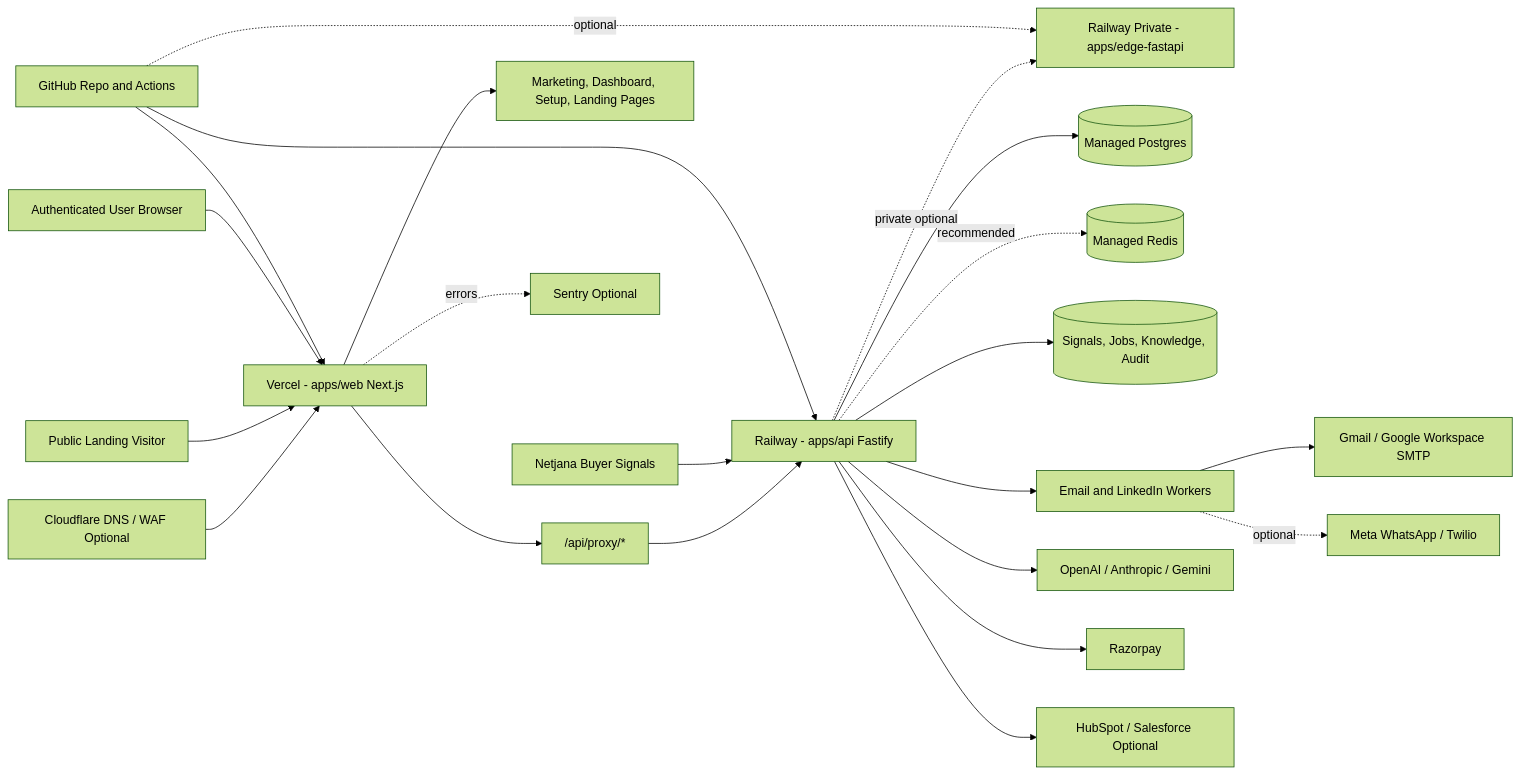
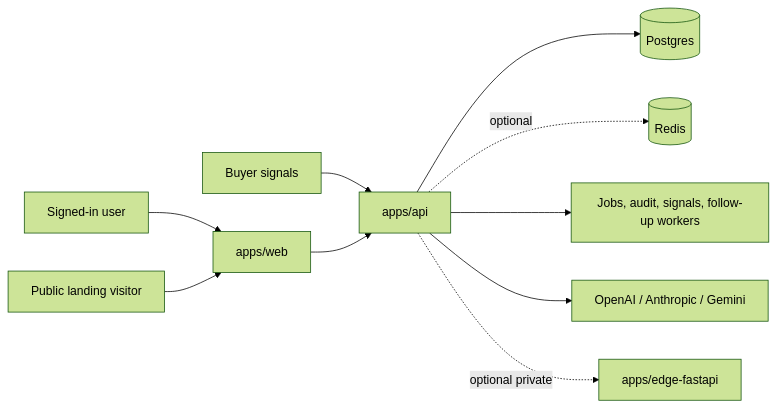
The diagram in README.md (Convospanai-outreach/fullstack), drawn with Mermaid (forest theme) before and after one commit. The commit also changed other lines of this file and 8 other files, not shown here.

Commit message:
docs: refresh architecture and readiness assessment

````diff
--- a/README.md
+++ b/README.md
@@ -21,28 +28,12 @@
 ```mermaid
 flowchart LR
-    GitHub[GitHub Repo and Actions] --> Vercel[Vercel - apps/web Next.js]
-    GitHub --> RailwayAPI[Railway - apps/api Fastify]
-    GitHub -. optional .-> RailwayEdge[Railway Private - apps/edge-fastapi]
-
-    Browser[Authenticated User Browser] --> Vercel
-    Visitor[Public Landing Visitor] --> Vercel
-    Netjana[Netjana Buyer Signals] --> RailwayAPI
-
-    Vercel --> WebRoutes[Marketing, Dashboard, Setup, Landing Pages]
-    Vercel --> Proxy["/api/proxy/*"]
-    Proxy --> RailwayAPI
-
-    RailwayAPI --> Postgres[(Managed Postgres)]
-    RailwayAPI -. recommended .-> Redis[(Managed Redis)]
-    RailwayAPI --> Signals[(Signals, Jobs, Knowledge, Audit)]
-    RailwayAPI --> Channels[Email and LinkedIn Workers]
-    RailwayAPI --> AI[OpenAI / Anthropic / Gemini]
-    RailwayAPI --> Billing[Razorpay]
-    RailwayAPI --> CRM[HubSpot / Salesforce Optional]
-    RailwayAPI -. private optional .-> RailwayEdge
-
-    Channels --> GmailSMTP[Gmail / Google Workspace SMTP]
-    Channels -. optional .-> WhatsApp[Meta WhatsApp / Twilio]
-    Vercel -. errors .-> Sentry[Sentry Optional]
-    Cloudflare[Cloudflare DNS / WAF Optional] --> Vercel
+    Browser[Signed-in user] --> Web[apps/web]
+    Visitor[Public landing visitor] --> Web
+    Netjana[Buyer signals] --> API[apps/api]
+    Web --> API
+    API --> Postgres[(Postgres)]
+    API -. optional .-> Redis[(Redis)]
+    API --> Workers[Jobs, audit, signals, follow-up workers]
+    API --> Models[OpenAI / Anthropic / Gemini]
+    API -. optional private .-> Edge[apps/edge-fastapi]
 ```
````
